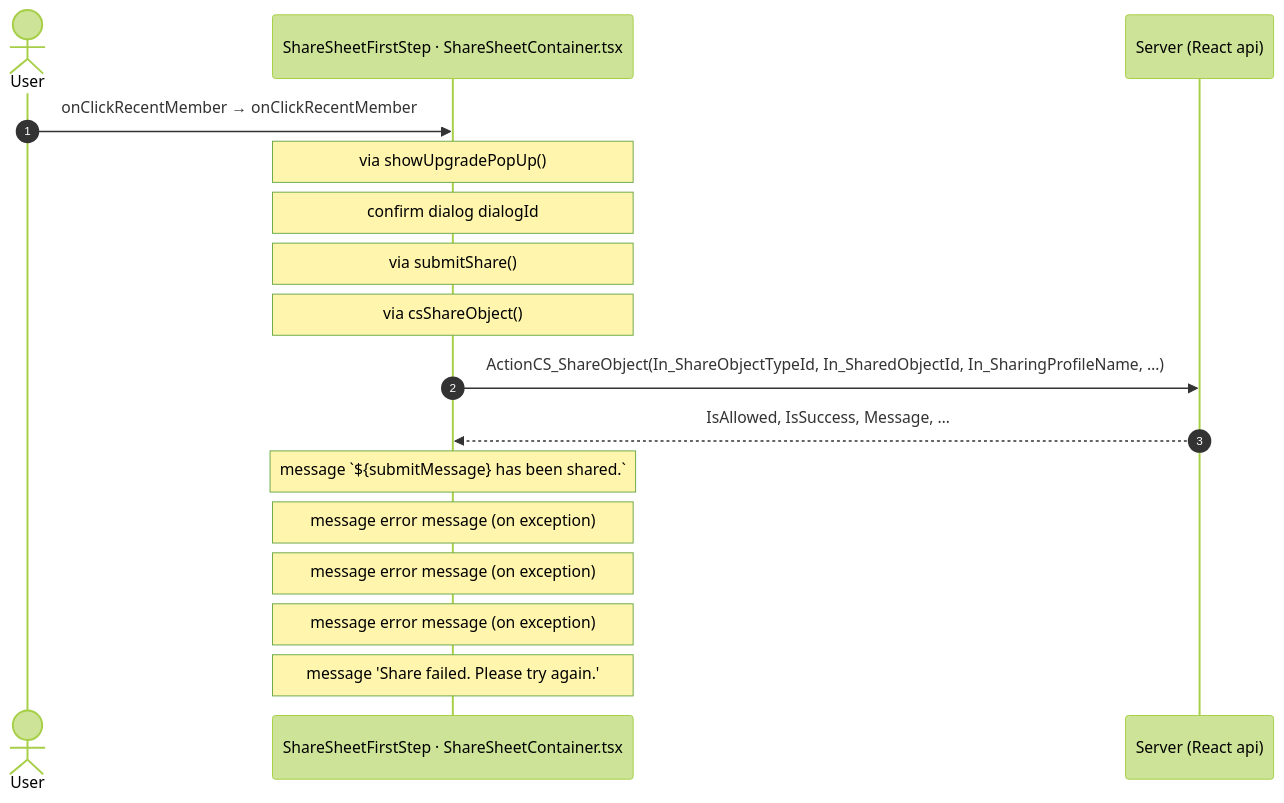
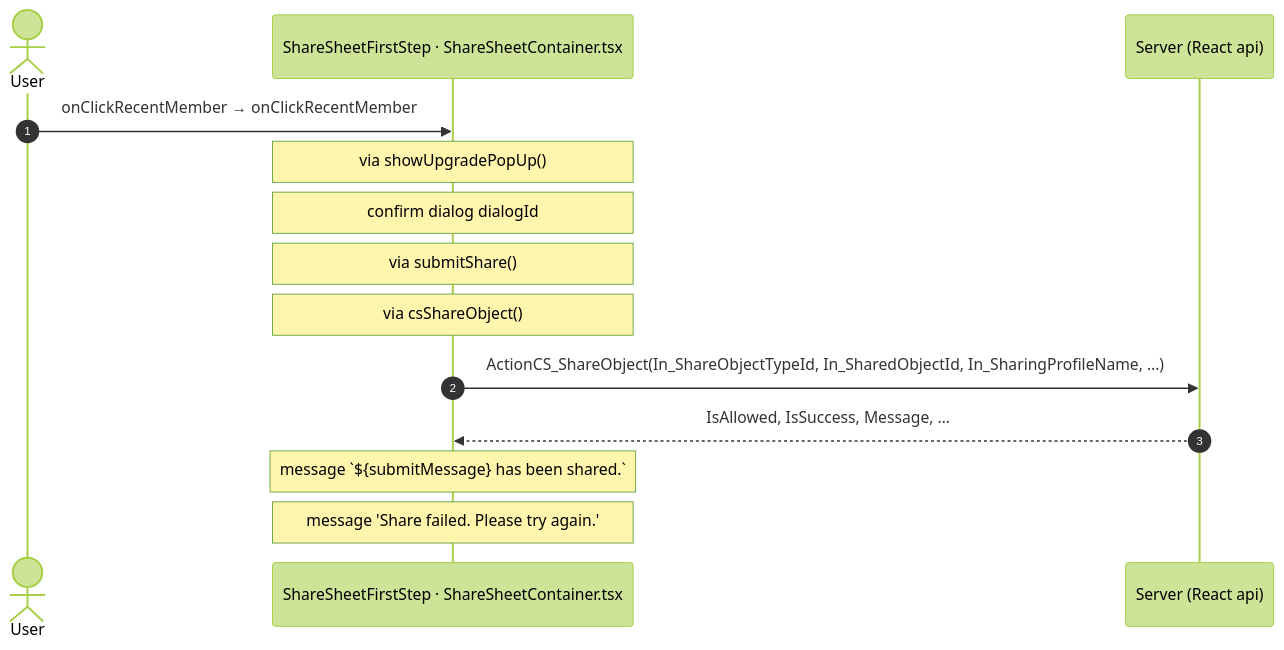
Before and after one commit to Phoenix-DX/connect-new-ui: diagram 39 of 56 in route-actions/routes/HomeFeed.md, drawn with Mermaid (forest theme). The commit also changed other lines of this file and 9 other files, not shown here.

````diff
--- a/route-actions/routes/HomeFeed.md
+++ b/route-actions/routes/HomeFeed.md
@@ -646,19 +697,16 @@
 ```mermaid
 sequenceDiagram
   autonumber
   actor U as User
   participant H as ShareSheetFirstStep · ShareSheetContainer.tsx
   participant A as Server (React api)
   U->>H: onClickRecentMember → onClickRecentMember
   Note over H: via showUpgradePopUp()
   Note over H: confirm dialog dialogId
   Note over H: via submitShare()
   Note over H: via csShareObject()
   H->>A: ActionCS_ShareObject(In_ShareObjectTypeId, In_SharedObjectId, In_SharingProfileName, …)
   A-->>H: IsAllowed, IsSuccess, Message, …
   Note over H: message `${submitMessage} has been shared.`
-  Note over H: message error message (on exception)
-  Note over H: message error message (on exception)
-  Note over H: message error message (on exception)
   Note over H: message 'Share failed. Please try again.'
 ```
````
